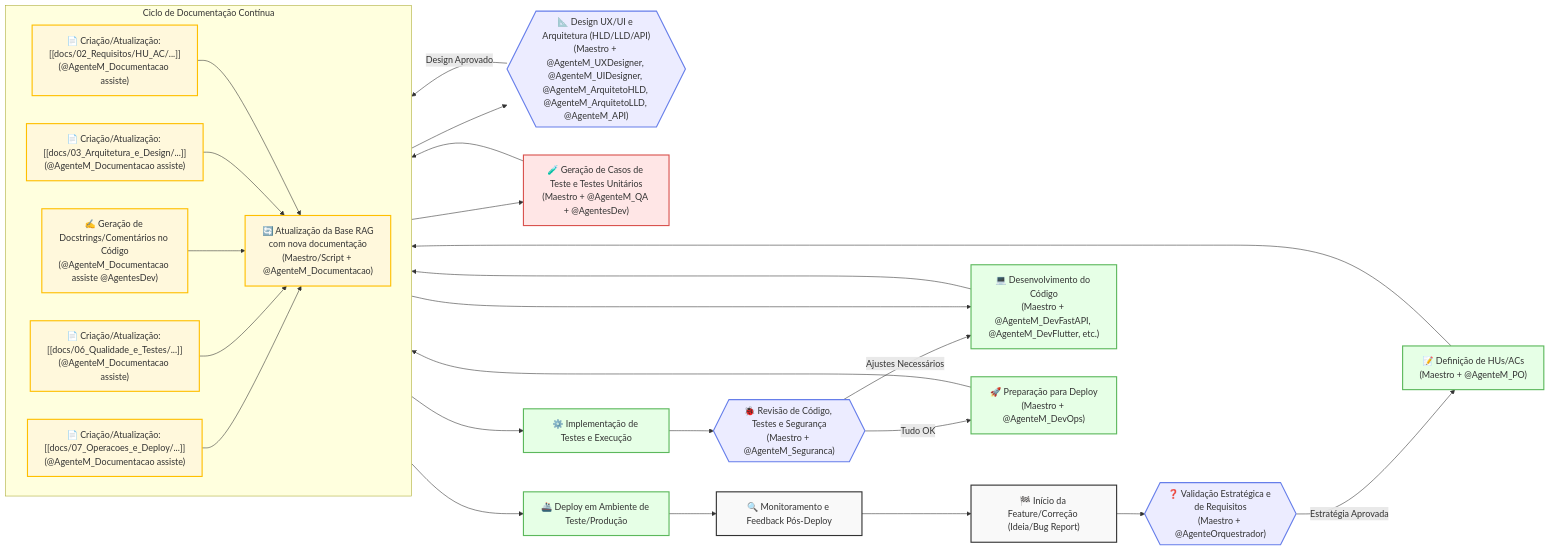
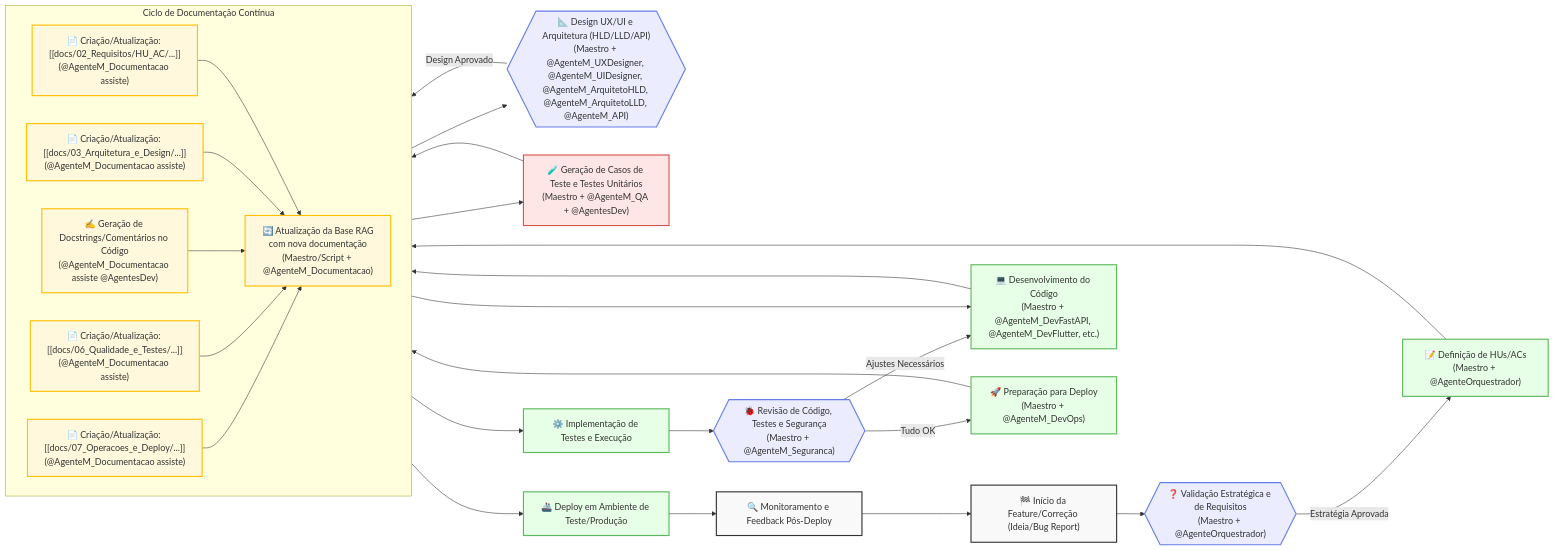
One commit to brunosrosa/recoloca-ai changed the diagram in docs/04_Agentes_IA/AGENTES_IA_MENTORES_OVERVIEW.md. Above: the diagram before and after it, drawn with Mermaid. The commit also changed other lines of this file and 56 other files, not shown here.

````diff
--- a/docs/04_Agentes_IA/AGENTES_IA_MENTORES_OVERVIEW.md
+++ b/docs/04_Agentes_IA/AGENTES_IA_MENTORES_OVERVIEW.md
@@ -170,46 +170,46 @@
 ```mermaid
 graph LR
     A["🏁 Início da Feature/Correção (Ideia/Bug Report)"] --> B{{"❓ Validação Estratégica e de Requisitos<br>(Maestro + @AgenteOrquestrador)"}};
-    B -- "Estratégia Aprovada" --> C["📝 Definição de HUs/ACs<br>(Maestro + @AgenteM_PO)"];
+    B -- "Estratégia Aprovada" --> C["📝 Definição de HUs/ACs<br>(Maestro + @AgenteOrquestrador)"];
     C --> C_Doc["📄 Criação/Atualização: [[docs/02_Requisitos/HU_AC/...]]<br>(@AgenteM_Documentacao assiste)"];
     
     subgraph "Ciclo de Documentação Contínua"
         direction LR
         RAG_Update["🔄 Atualização da Base RAG<br>com nova documentação<br>(Maestro/Script + @AgenteM_Documentacao)"]
         C_Doc --> RAG_Update;
         D_Doc --> RAG_Update;
         E_Doc_Internal --> RAG_Update;
         %% Sumários/explicações do código podem ir para o RAG
         F_Doc --> RAG_Update;
         I_Doc --> RAG_Update;
     end
 
     C_Doc --> D{{"📐 Design UX/UI e Arquitetura (HLD/LLD/API)<br>(Maestro + @AgenteM_UXDesigner, @AgenteM_UIDesigner, @AgenteM_ArquitetoHLD, @AgenteM_ArquitetoLLD, @AgenteM_API)"}};
     D -- "Design Aprovado" --> D_Doc["📄 Criação/Atualização: [[docs/03_Arquitetura_e_Design/...]]<br>(@AgenteM_Documentacao assiste)"];
     D_Doc --> E["💻 Desenvolvimento do Código<br>(Maestro + @AgenteM_DevFastAPI, @AgenteM_DevFlutter, etc.)"];
     E --> E_Doc_Internal["✍️ Geração de Docstrings/Comentários no Código<br>(@AgenteM_Documentacao assiste @AgentesDev)"];
     E_Doc_Internal --> F["🧪 Geração de Casos de Teste e Testes Unitários<br>(Maestro + @AgenteM_QA + @AgentesDev)"];
     F --> F_Doc["📄 Criação/Atualização: [[docs/06_Qualidade_e_Testes/...]]<br>(@AgenteM_Documentacao assiste)"];
     F_Doc --> G["⚙️ Implementação de Testes e Execução"];
     G --> H{{"🐞 Revisão de Código, Testes e Segurança<br>(Maestro + @AgenteM_Seguranca)"}};
     H -- "Ajustes Necessários" --> E;
     H -- "Tudo OK" --> I["🚀 Preparação para Deploy<br>(Maestro + @AgenteM_DevOps)"];
     I --> I_Doc["📄 Criação/Atualização: [[docs/07_Operacoes_e_Deploy/...]]<br>(@AgenteM_Documentacao assiste)"];
     I_Doc --> J["🚢 Deploy em Ambiente de Teste/Produção"];
     J --> K["🔍 Monitoramento e Feedback Pós-Deploy"];
     K --> A;
 
 	%% Styling
     classDef default fill:#f9f9f9,stroke:#333,stroke-width:2px,color:#333;
     classDef decision fill:#ececff,stroke:#667eea,stroke-width:2px,color:#333;
     classDef doc fill:#fff8dc,stroke:#ffbf00,stroke-width:2px,color:#333;
     classDef dev fill:#e6ffe6,stroke:#5cb85c,stroke-width:2px,color:#333;
     classDef qa fill:#ffe6e6,stroke:#d9534f,stroke-width:2px,color:#333;
     classDef deploy fill:#e6f7ff,stroke:#5bc0de,stroke-width:2px,color:#333;
 
     class A,K default;
     class B,D,H decision;
     class C,E,G,I,J dev;
     class F qa;
     class C_Doc,D_Doc,E_Doc_Internal,F_Doc,I_Doc,RAG_Update doc;
 ```
````
